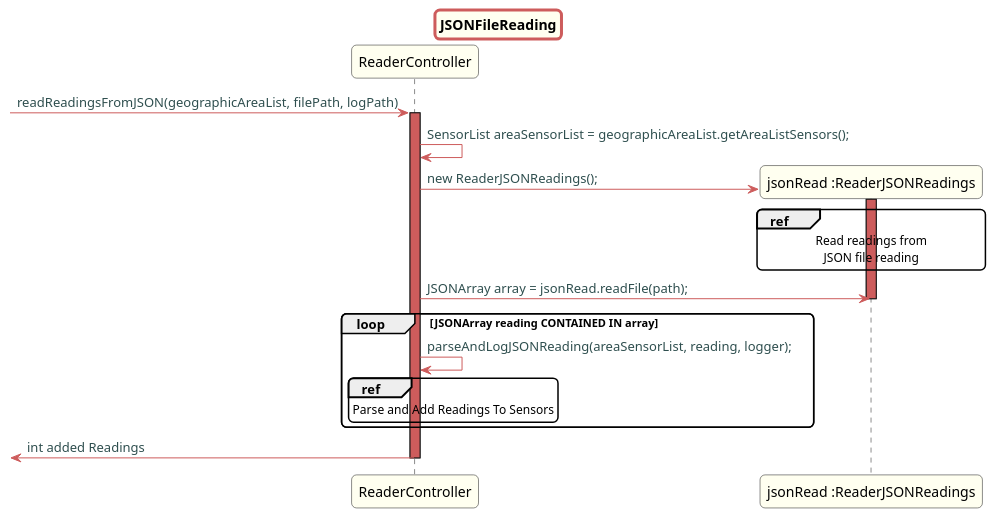
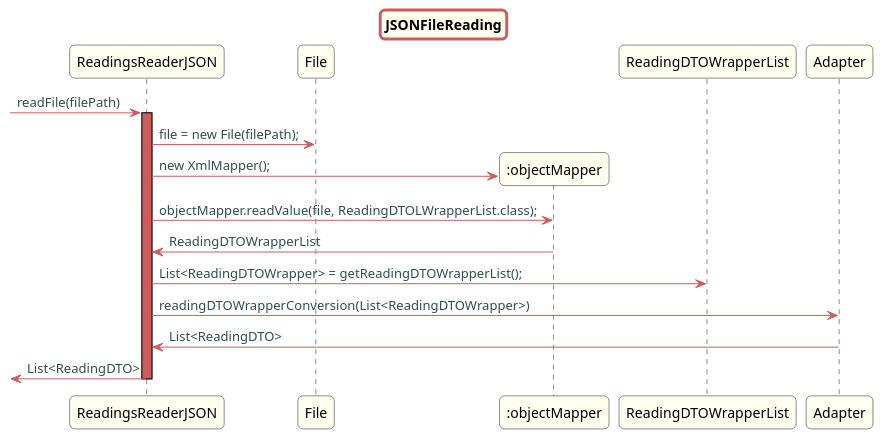
Before and after one commit to Almadanmp/project: the diagram in src/doc/Controllers/HouseConfiguration/US20v2/JSON/JSONFileReading.puml, drawn with PlantUML. The commit also changed 19 other files, not shown here.

```diff
--- a/src/doc/Controllers/HouseConfiguration/US20v2/JSON/JSONFileReading.puml
+++ b/src/doc/Controllers/HouseConfiguration/US20v2/JSON/JSONFileReading.puml
@@ -1,56 +1,50 @@
 @startuml
 
 skinparam titleBorderRoundCorner 10
 skinparam titleBorderThickness 3
 skinparam titleBorderColor indianred
 skinparam titleBackgroundColor ivory
 skinparam FontName quicksand
 
 skinparam actor {
   BorderColor indianred
   }
 
 skinparam sequence {
   LifeLineBackgroundColor indianred
   ParticipantBackgroundColor ivory
 }
 
 skinparam roundcorner 10
 
 skinparam component {
   arrowThickness 1
   ArrowFontName Verdana
   ArrowColor indianred
   ArrowFontColor darkslategrey
 }
 
 
 
 title JSONFileReading
--> ReaderController: readReadingsFromJSON(geographicAreaList, filePath, logPath)
-activate ReaderController
+-> ReadingsReaderJSON: readFile(filePath)
+activate ReadingsReaderJSON
 
-ReaderController -> ReaderController: SensorList areaSensorList = geographicAreaList.getAreaListSensors();
-create "jsonRead :ReaderJSONReadings"
-ReaderController -> "jsonRead :ReaderJSONReadings": new ReaderJSONReadings();
-activate "jsonRead :ReaderJSONReadings"
-ref over "jsonRead :ReaderJSONReadings"
-Read readings from
-JSON file reading
-end ref
-ReaderController -> "jsonRead :ReaderJSONReadings": JSONArray array = jsonRead.readFile(path);
 
-deactivate "jsonRead :ReaderJSONReadings"
 
-loop  JSONArray reading CONTAINED IN array
-ReaderController -> ReaderController: parseAndLogJSONReading(areaSensorList, reading, logger);
-ref over ReaderController
-Parse and Add Readings To Sensors
-end ref
+ReadingsReaderJSON -> File: file = new File(filePath);
 
-end
+create ":objectMapper"
+ReadingsReaderJSON -> ":objectMapper": new XmlMapper();
+ReadingsReaderJSON -> ":objectMapper": objectMapper.readValue(file, ReadingDTOLWrapperList.class);
+":objectMapper" -> ReadingsReaderJSON: ReadingDTOWrapperList
 
-<- ReaderController: int added Readings
-deactivate "ReaderController"
+ReadingsReaderJSON -> ReadingDTOWrapperList: List<ReadingDTOWrapper> = getReadingDTOWrapperList();
+
+ReadingsReaderJSON -> Adapter: readingDTOWrapperConversion(List<ReadingDTOWrapper>)
+Adapter -> ReadingsReaderJSON: List<ReadingDTO>
+
+<- ReadingsReaderJSON: List<ReadingDTO>
+deactivate "ReadingsReaderJSON"
 
 @enduml
```
